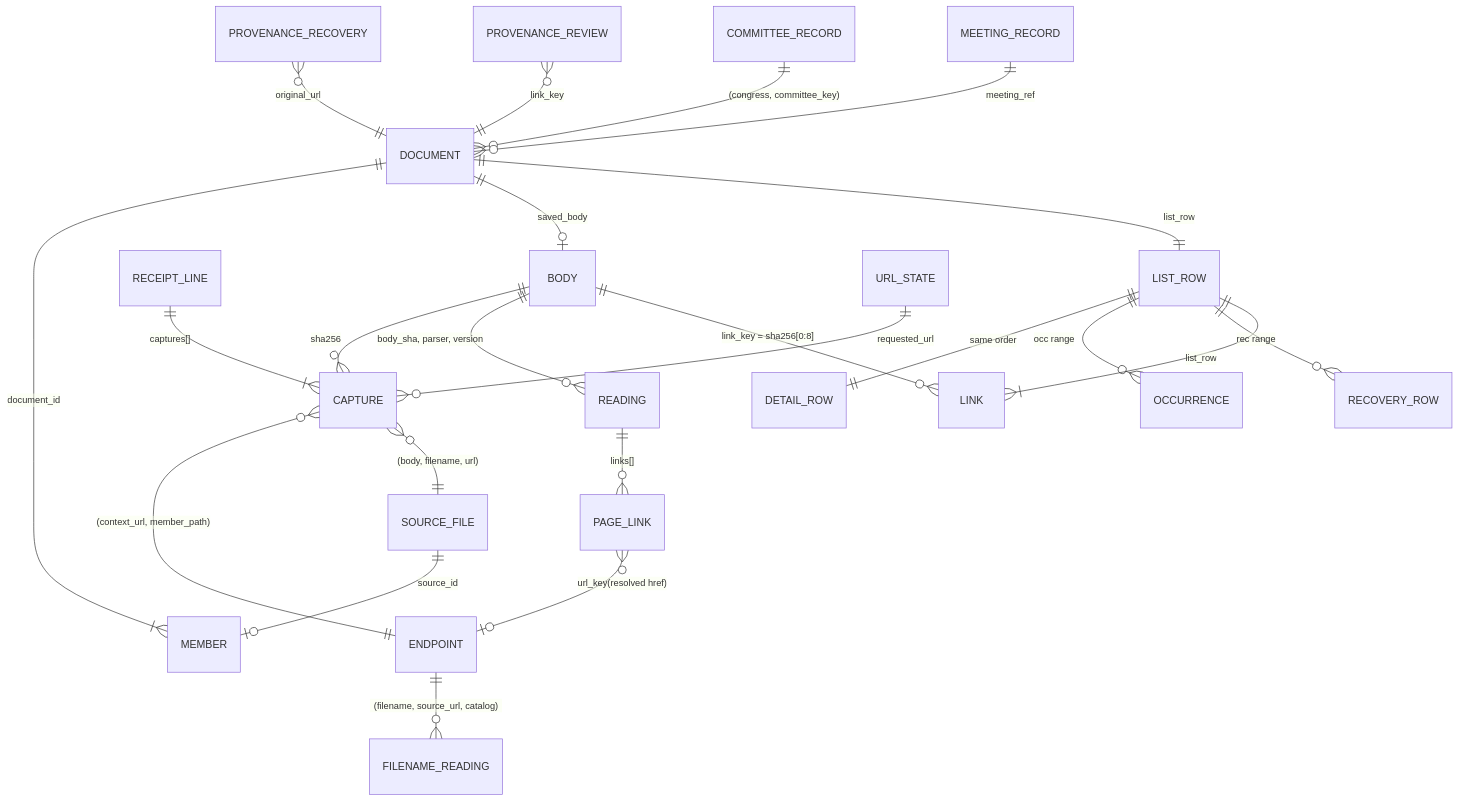
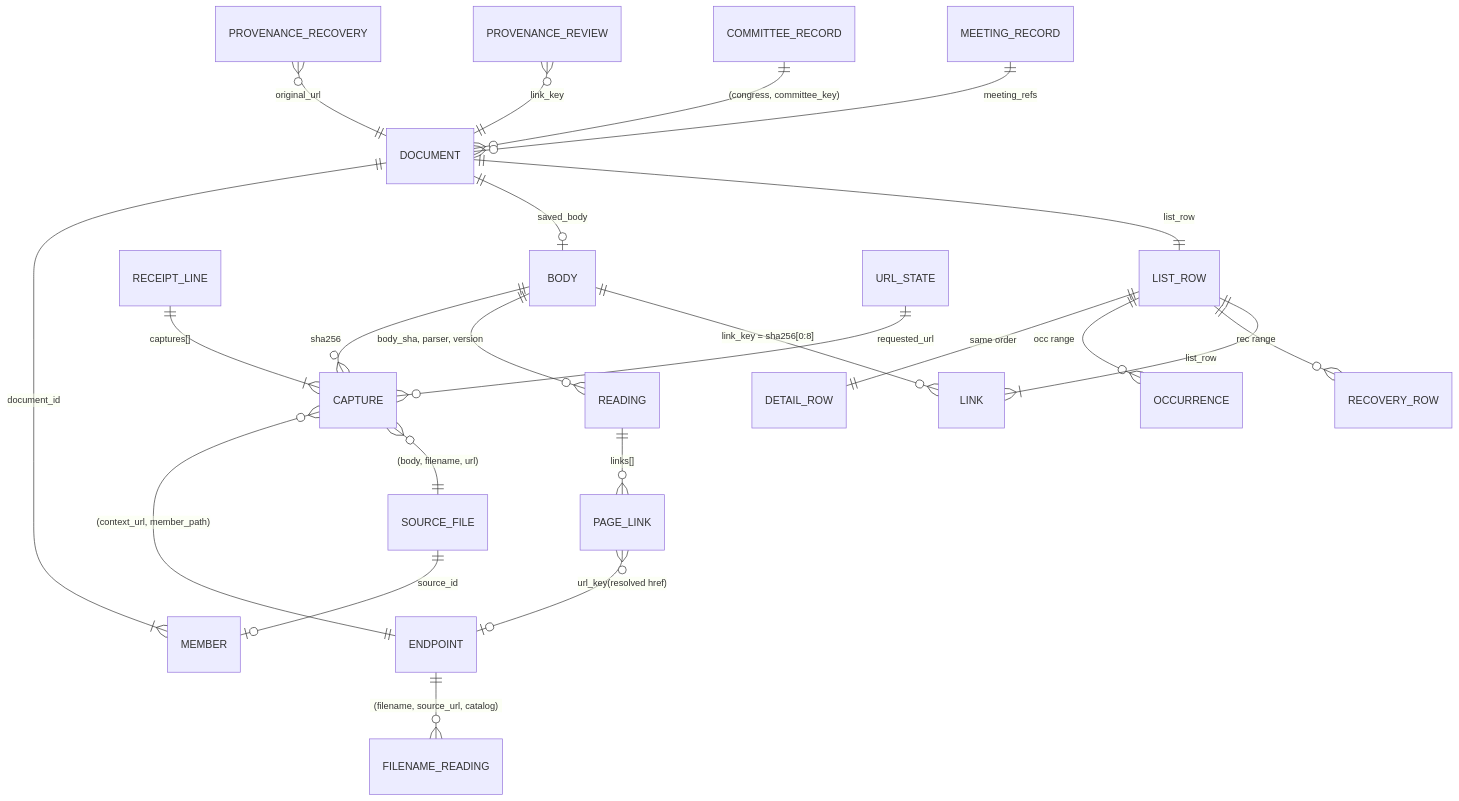
The diagram in docs/engine-first-data-model.md (civictechdc/congressional-tech), drawn with Mermaid before and after one commit. The commit also changed other lines of this file and 37 other files, not shown here.

````diff
--- a/docs/engine-first-data-model.md
+++ b/docs/engine-first-data-model.md
@@ -652,25 +679,25 @@
 ```mermaid
 erDiagram
   BODY ||--o{ CAPTURE : "sha256"
   RECEIPT_LINE ||--|{ CAPTURE : "captures[]"
   CAPTURE }o--|| ENDPOINT : "(context_url, member_path)"
   BODY ||--o{ READING : "body_sha, parser, version"
   READING ||--o{ PAGE_LINK : "links[]"
   PAGE_LINK }o--o| ENDPOINT : "url_key(resolved href)"
   ENDPOINT ||--o{ FILENAME_READING : "(filename, source_url, catalog)"
   CAPTURE }o--|| SOURCE_FILE : "(body, filename, url)"
   SOURCE_FILE ||--o| MEMBER : "source_id"
   DOCUMENT ||--|{ MEMBER : "document_id"
   DOCUMENT ||--o| BODY : "saved_body"
   DOCUMENT ||--|| LIST_ROW : "list_row"
   LIST_ROW ||--|| DETAIL_ROW : "same order"
   LIST_ROW ||--o{ OCCURRENCE : "occ range"
   LIST_ROW ||--o{ RECOVERY_ROW : "rec range"
   LIST_ROW ||--|{ LINK : "list_row"
   BODY ||--o{ LINK : "link_key = sha256[0:8]"
   PROVENANCE_RECOVERY }o--|| DOCUMENT : "original_url"
   PROVENANCE_REVIEW }o--|| DOCUMENT : "link_key"
   URL_STATE ||--o{ CAPTURE : "requested_url"
   COMMITTEE_RECORD ||--o{ DOCUMENT : "(congress, committee_key)"
-  MEETING_RECORD ||--o{ DOCUMENT : "meeting_ref"
+  MEETING_RECORD ||--o{ DOCUMENT : "meeting_refs"
 ```
````
